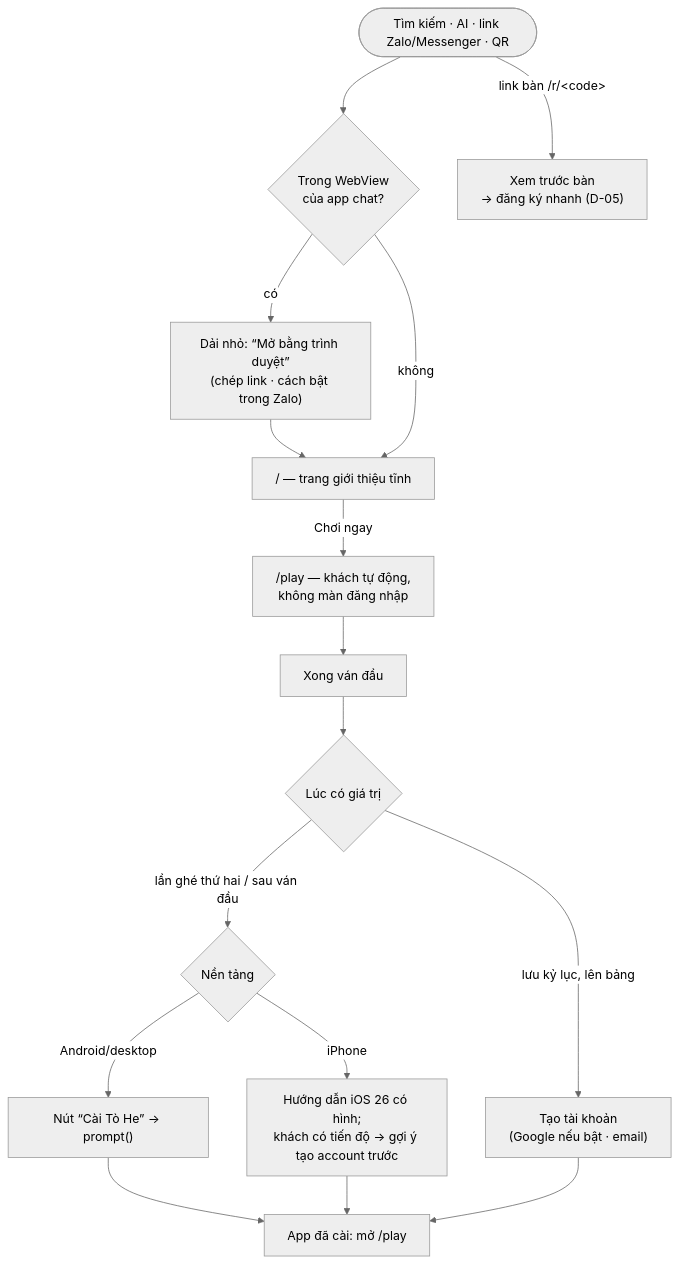
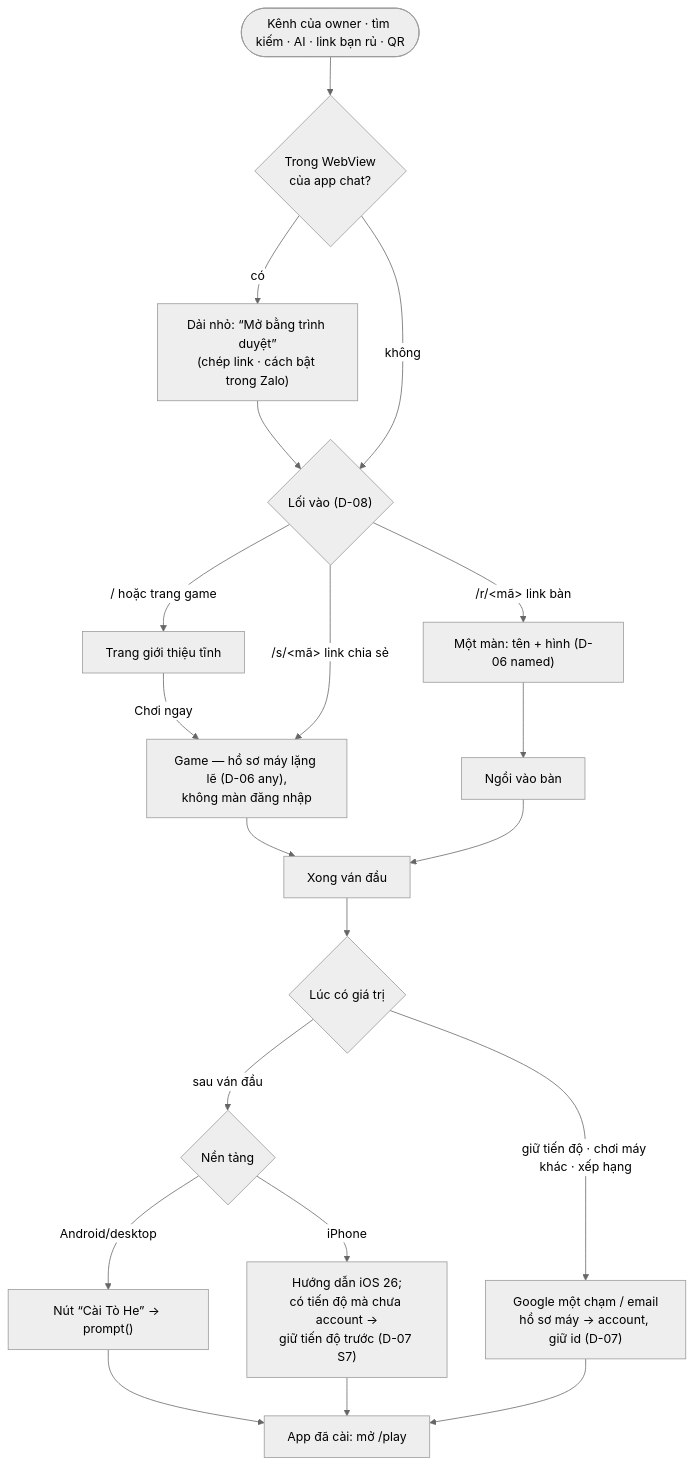
One commit to vinh466/tohe-play changed the diagram in plans/product-surface/items/E-03-newcomer-journey-and-pwa.md. Above: the diagram before and after it, drawn with Mermaid (neutral theme). The commit also changed other lines of this file and 18 other files, not shown here.

First line of the commit message:
plan(product-surface): owner decisions; tags as environments; identity ladder and entry links

````diff
--- a/plans/product-surface/items/E-03-newcomer-journey-and-pwa.md
+++ b/plans/product-surface/items/E-03-newcomer-journey-and-pwa.md
@@ -26,17 +26,19 @@
 ```mermaid
 flowchart TD
-  src([Tìm kiếm · AI · link Zalo/Messenger · QR]) --> inapp{Trong WebView<br/>của app chat?}
-  inapp -- có --> openb["Dải nhỏ: “Mở bằng trình duyệt”<br/>(chép link · cách bật trong Zalo)"] --> land
-  inapp -- không --> land["/ — trang giới thiệu tĩnh"]
-  src -- link bàn /r/&lt;code&gt; --> room["Xem trước bàn<br/>→ đăng ký nhanh (D-05)"]
-  land -- "Chơi ngay" --> play["/play — khách tự động,<br/>không màn đăng nhập"]
-  play --> first["Xong ván đầu"]
-  first --> nudge{"Lúc có giá trị"}
-  nudge -- "lưu kỷ lục, lên bảng" --> acct["Tạo tài khoản<br/>(Google nếu bật · email)"]
-  nudge -- "lần ghé thứ hai / sau ván đầu" --> inst{Nền tảng}
+  src([Kênh của owner · tìm kiếm · AI · link bạn rủ · QR]) --> inapp{Trong WebView<br/>của app chat?}
+  inapp -- có --> openb["Dải nhỏ: “Mở bằng trình duyệt”<br/>(chép link · cách bật trong Zalo)"] --> entry
+  inapp -- không --> entry{"Lối vào (D-08)"}
+  entry -- "/ hoặc trang game" --> land["Trang giới thiệu tĩnh"] -- "Chơi ngay" --> play
+  entry -- "/r/&lt;mã&gt; link bàn" --> named["Một màn: tên + hình (D-06 named)"] --> table["Ngồi vào bàn"]
+  entry -- "/s/&lt;mã&gt; link chia sẻ" --> play
+  play["Game — hồ sơ máy lặng lẽ (D-06 any),<br/>không màn đăng nhập"] --> first["Xong ván đầu"]
+  table --> first
+  first --> moment{"Lúc có giá trị"}
+  moment -- "giữ tiến độ · chơi máy khác · xếp hạng" --> acct["Google một chạm / email<br/>hồ sơ máy → account, giữ id (D-07)"]
+  moment -- "sau ván đầu" --> inst{Nền tảng}
   inst -- Android/desktop --> bip["Nút “Cài Tò He” → prompt()"]
-  inst -- iPhone --> ios["Hướng dẫn iOS 26 có hình;<br/>khách có tiến độ → gợi ý tạo account trước"]
+  inst -- iPhone --> ios["Hướng dẫn iOS 26;<br/>có tiến độ mà chưa account →<br/>giữ tiến độ trước (D-07 S7)"]
   bip --> pwa["App đã cài: mở /play"]
   ios --> pwa
   acct --> pwa
 ```
````
